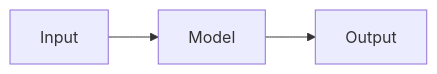
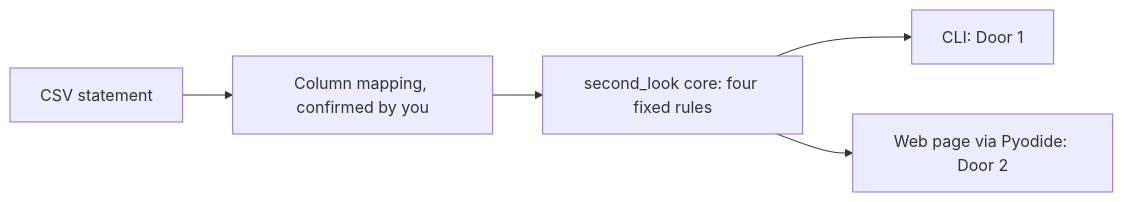
One commit to Iliya-Valizadeh/second-look changed the diagram in README.md. Above: the diagram before and after it, drawn with Mermaid. The commit also changed other lines of this file and 1 other file, not shown here.

````diff
--- a/README.md
+++ b/README.md
@@ -42,4 +65,7 @@
 ```mermaid
 flowchart LR
-    A[Input] --> B[Model] --> C[Output]
+    A[CSV statement] --> B[Column mapping, confirmed by you]
+    B --> C[second_look core: four fixed rules]
+    C --> D[CLI: Door 1]
+    C --> E[Web page via Pyodide: Door 2]
 ```
````
